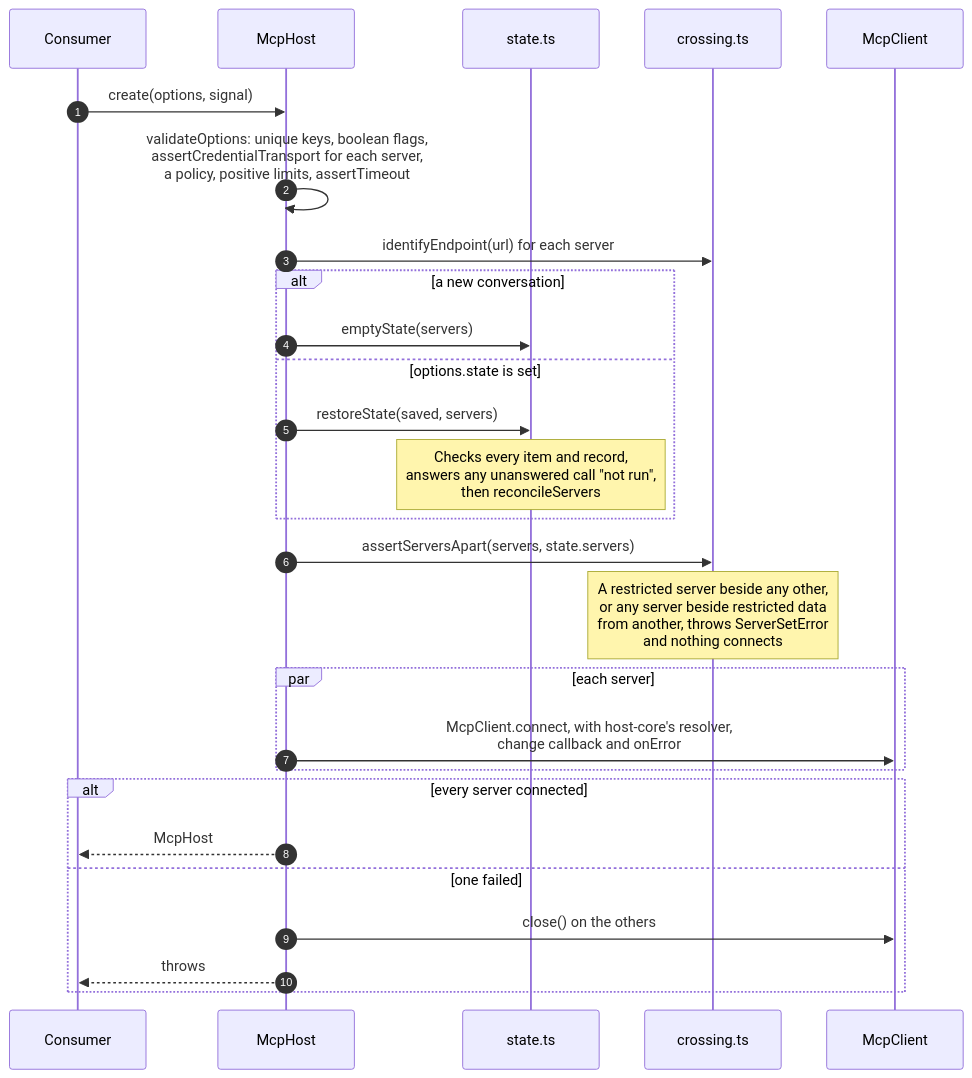
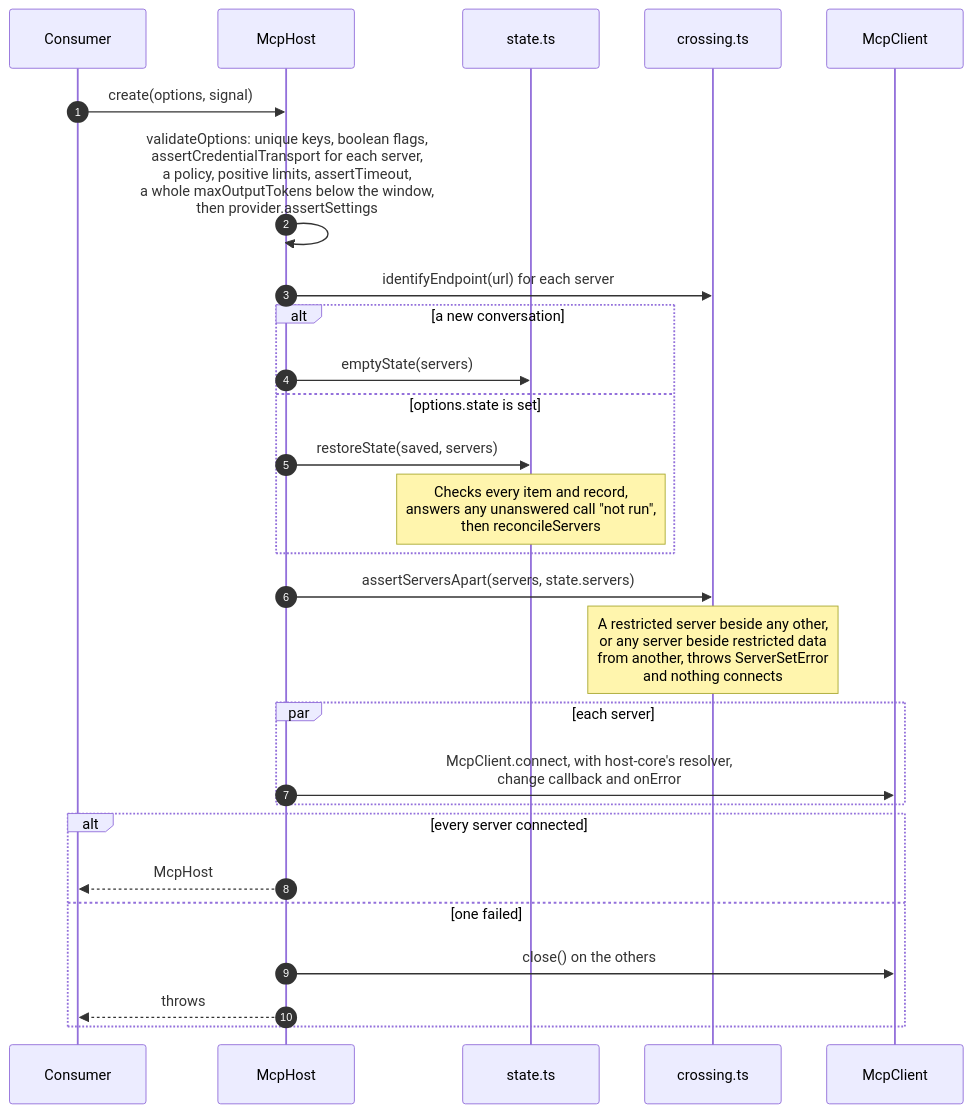
Before and after one commit to overture-stack/arranger: the second of 7 diagrams in modules/mcp-host-core/docs/architecture.md, drawn with Mermaid. The commit also changed other lines of this file and 9 other files, not shown here.

````diff
--- a/modules/mcp-host-core/docs/architecture.md
+++ b/modules/mcp-host-core/docs/architecture.md
@@ -86,30 +86,30 @@
 ```mermaid
 sequenceDiagram
     autonumber
     participant C as Consumer
     participant H as McpHost
     participant S as state.ts
     participant X as crossing.ts
     participant M as McpClient
 
     C->>H: create(options, signal)
-    H->>H: validateOptions: unique keys, boolean flags,<br/>assertCredentialTransport for each server,<br/>a policy, positive limits, assertTimeout
+    H->>H: validateOptions: unique keys, boolean flags,<br/>assertCredentialTransport for each server,<br/>a policy, positive limits, assertTimeout,<br/>a whole maxOutputTokens below the window,<br/>then provider.assertSettings
     H->>X: identifyEndpoint(url) for each server
     alt a new conversation
         H->>S: emptyState(servers)
     else options.state is set
         H->>S: restoreState(saved, servers)
         Note over S: Checks every item and record,<br/>answers any unanswered call "not run",<br/>then reconcileServers
     end
     H->>X: assertServersApart(servers, state.servers)
     Note over X: A restricted server beside any other,<br/>or any server beside restricted data<br/>from another, throws ServerSetError<br/>and nothing connects
     par each server
         H->>M: McpClient.connect, with host-core's resolver,<br/>change callback and onError
     end
     alt every server connected
         H-->>C: McpHost
     else one failed
         H->>M: close() on the others
         H-->>C: throws
     end
 ```
````
